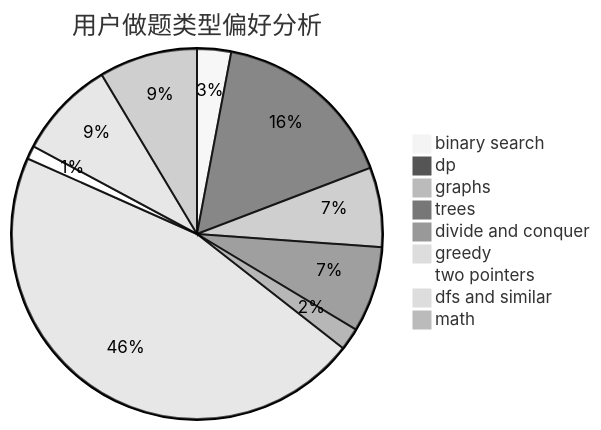
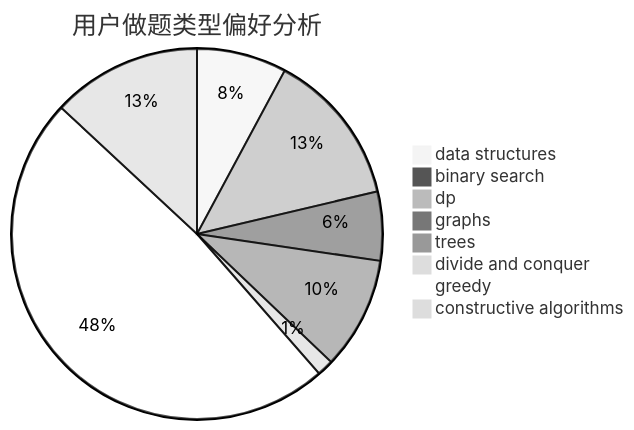
Before and after one commit to sherpahu/cfrs.github.io: the second of 3 diagrams in docs/user/u924.md, drawn with Mermaid (neutral theme). The commit also changed other lines of this file and 2775 other files, not shown here.

````diff
--- a/docs/user/u924.md
+++ b/docs/user/u924.md
@@ -23,12 +23,11 @@
 ```mermaid
 pie title 用户做题类型偏好分析
-    "binary search" :  38
-    "dp" :  208
-    "graphs" :  89
-    "trees" :  96
-    "divide and conquer" :  25
-    "greedy" :  591
-    "two pointers" :  15
-    "dfs and similar" :  110
-    "math" :  110
+    "data structures" :  60
+    "binary search" :  2
+    "dp" :  103
+    "graphs" :  46
+    "trees" :  75
+    "divide and conquer" :  11
+    "greedy" :  370
+    "constructive algorithms" :  100
 ```
````
